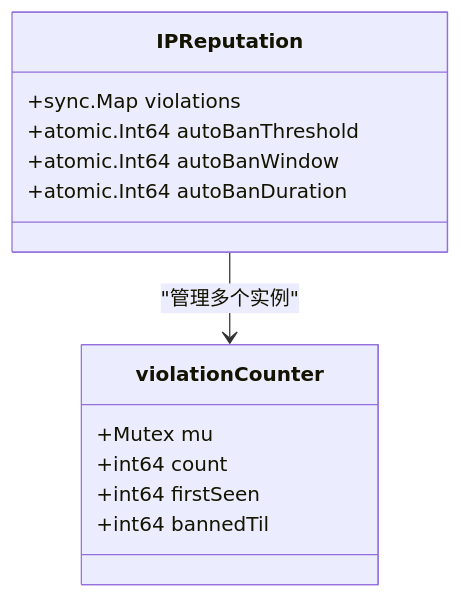
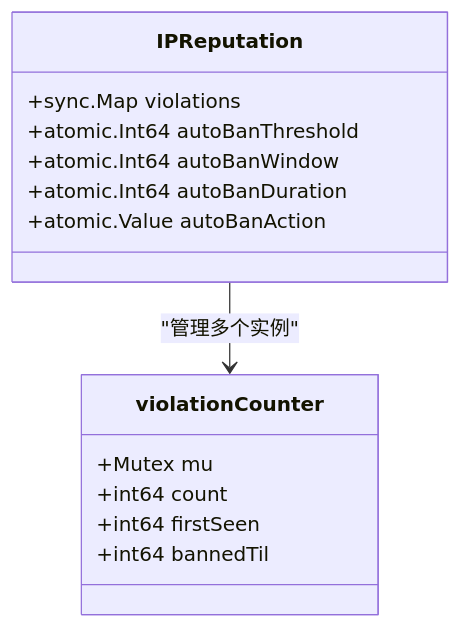
One commit to x01n/My-OpenWaf changed the sixth of 10 diagrams in docs/安全防护功能/IP 信誉系统.md. Above: the diagram before and after it, drawn with Mermaid. The commit also changed other lines of this file and 199 other files, not shown here.

````diff
--- a/docs/安全防护功能/IP 信誉系统.md
+++ b/docs/安全防护功能/IP 信誉系统.md
@@ -262,16 +265,17 @@
 ```mermaid
 classDiagram
 class violationCounter {
 +Mutex mu
 +int64 count
 +int64 firstSeen
 +int64 bannedTil
 }
 class IPReputation {
 +sync.Map violations
 +atomic.Int64 autoBanThreshold
 +atomic.Int64 autoBanWindow
 +atomic.Int64 autoBanDuration
++atomic.Value autoBanAction
 }
 IPReputation --> violationCounter : "管理多个实例"
 ```
````
